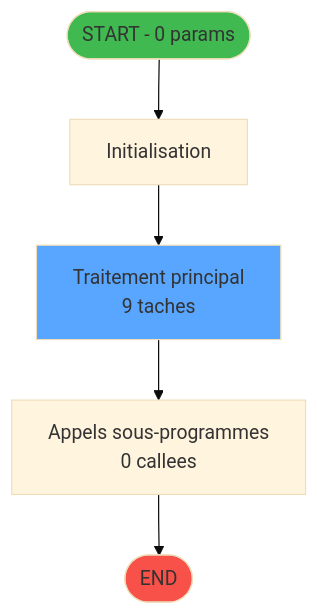
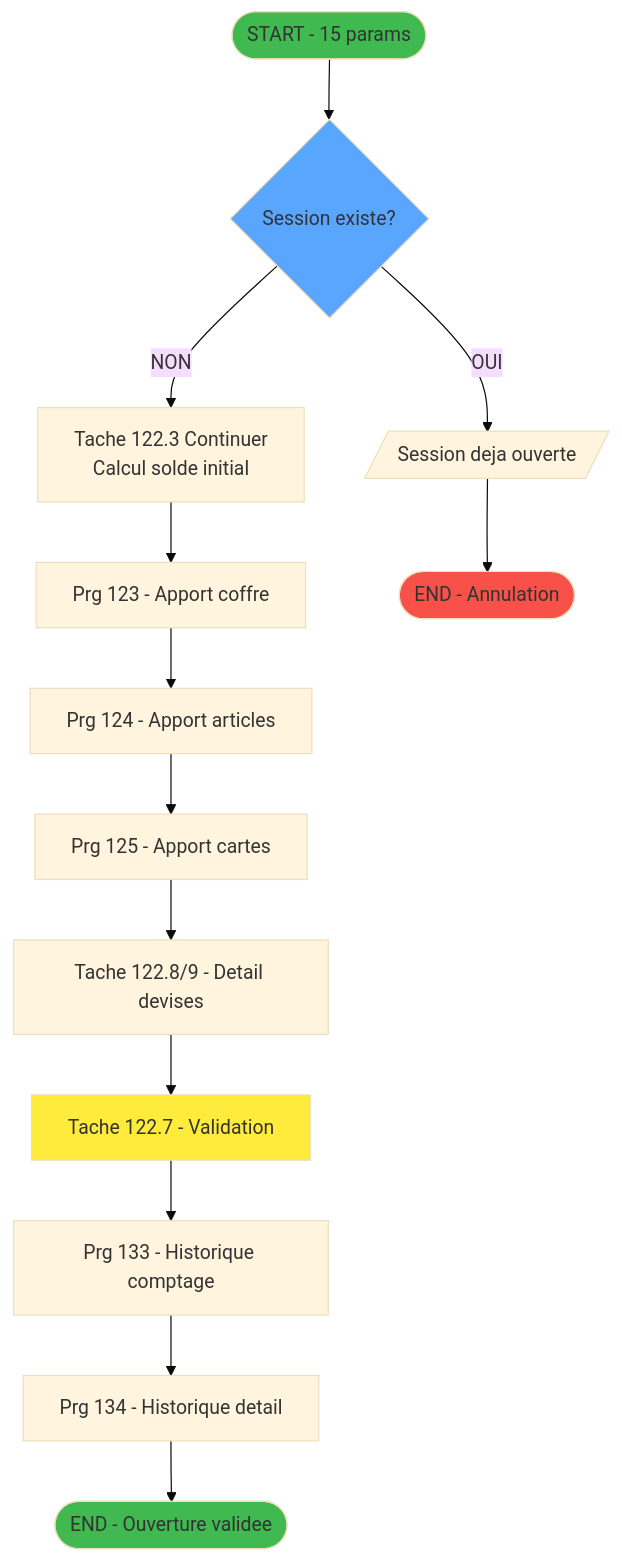
Before and after one commit to thonyAGP/magic-migration: the first of 3 diagrams in .openspec/specs/ADH-IDE-122.md, drawn with Mermaid (base theme). The commit also changed other lines of this file and 179 other files, not shown here.

````diff
--- a/.openspec/specs/ADH-IDE-122.md
+++ b/.openspec/specs/ADH-IDE-122.md
@@ -84,14 +162,28 @@
 ```mermaid
 flowchart TD
-    START([START - 0 params])
-    INIT["Initialisation"]
-    PROCESS["Traitement principal<br/>9 taches"]
-    CALLS["Appels sous-programmes<br/>0 callees"]
-    ENDOK([END])
+    START([START - 15 params])
+    CHK{Session existe?}
+    ERR[/"Session deja ouverte"/]
+    CALC["Tache 122.3 Continuer<br/>Calcul solde initial"]
+    COFFRE["Prg 123 - Apport coffre"]
+    ARTICLES["Prg 124 - Apport articles"]
+    CARTES["Prg 125 - Apport cartes"]
+    DEVISES["Tache 122.8/9 - Detail devises"]
+    VALID["Tache 122.7 - Validation"]
+    HIST["Prg 133 - Historique comptage"]
+    DETAIL["Prg 134 - Historique detail"]
+    ENDOK([END - Ouverture validee])
+    ENDKO([END - Annulation])
 
-    START --> INIT --> PROCESS --> CALLS --> ENDOK
+    START --> CHK
+    CHK -->|OUI| ERR --> ENDKO
+    CHK -->|NON| CALC
+    CALC --> COFFRE --> ARTICLES --> CARTES --> DEVISES --> VALID
+    VALID --> HIST --> DETAIL --> ENDOK
 
     style START fill:#3fb950
-    style ENDOK fill:#f85149
-    style PROCESS fill:#58a6ff
+    style ENDOK fill:#3fb950
+    style ENDKO fill:#f85149
+    style CHK fill:#58a6ff
+    style VALID fill:#ffeb3b
 ```
````
